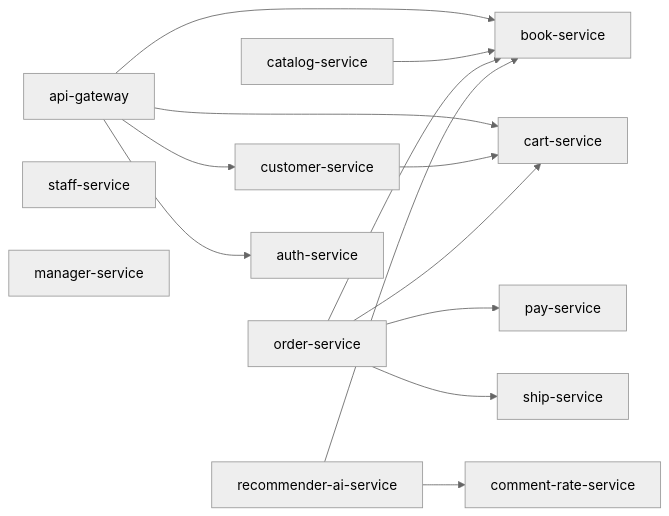
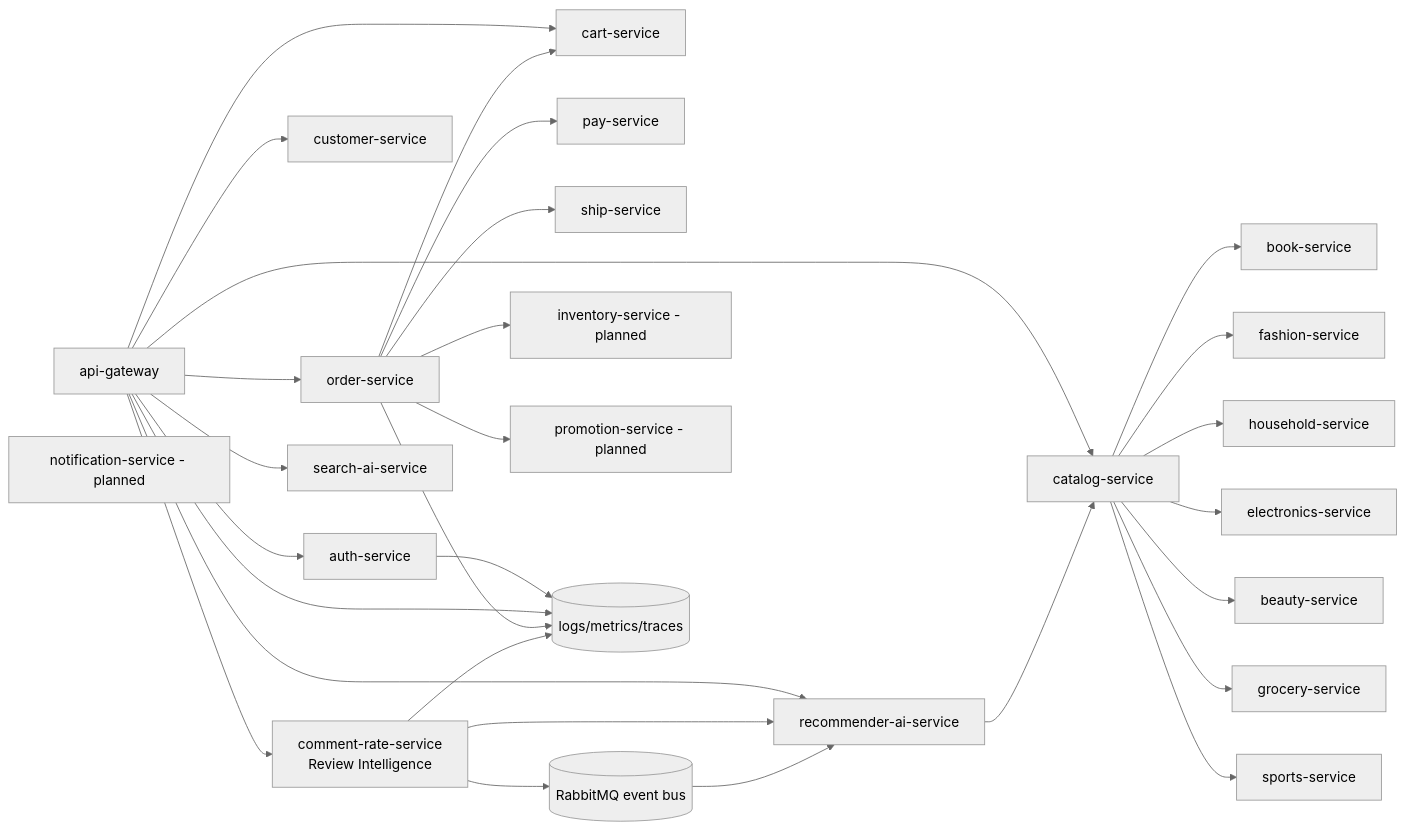
Before and after one commit to tho179/e-commerce_with_AI: the diagram in docs/architecture.md, drawn with Mermaid (neutral theme). The commit also changed other lines of this file and 186 other files, not shown here.

````diff
--- a/docs/architecture.md
+++ b/docs/architecture.md
@@ -5,29 +18,59 @@
 ```mermaid
 flowchart LR
-    AG[api-gateway]
+    GATEWAY[api-gateway]
+    AUTH[auth-service]
     CUS[customer-service]
     CART[cart-service]
+    CAT[catalog-service]
     BOOK[book-service]
-    CAT[catalog-service]
+    FASHION[fashion-service]
+    HOUSE[household-service]
+    ELEC[electronics-service]
+    BEAUTY[beauty-service]
+    GROCERY[grocery-service]
+    SPORTS[sports-service]
     ORD[order-service]
     PAY[pay-service]
     SHIP[ship-service]
-    RATE[comment-rate-service]
+    REVIEW[comment-rate-service\nReview Intelligence]
     REC[recommender-ai-service]
-    STAFF[staff-service]
-    MAN[manager-service]
-    AUTH[auth-service]
+    SEARCH[search-ai-service]
+    RABBIT[(RabbitMQ event bus)]
+    INVENTORY[inventory-service - planned]
+    PROMO[promotion-service - planned]
+    NOTI[notification-service - planned]
+    OBS[(logs/metrics/traces)]
 
-    AG --> BOOK
-    AG --> CART
-    AG --> CUS
-    CUS --> CART
+    GATEWAY --> AUTH
+    GATEWAY --> CUS
+    GATEWAY --> CART
+    GATEWAY --> CAT
+    GATEWAY --> ORD
+    GATEWAY --> REVIEW
+    GATEWAY --> REC
+    GATEWAY --> SEARCH
+
     CAT --> BOOK
+    CAT --> FASHION
+    CAT --> HOUSE
+    CAT --> ELEC
+    CAT --> BEAUTY
+    CAT --> GROCERY
+    CAT --> SPORTS
+
     ORD --> CART
-    ORD --> BOOK
     ORD --> PAY
     ORD --> SHIP
-    REC --> BOOK
-    REC --> RATE
-    AG --> AUTH
+    ORD --> INVENTORY
+    ORD --> PROMO
+
+    REVIEW --> REC
+    REVIEW --> RABBIT
+    RABBIT --> REC
+    REC --> CAT
+
+    AUTH --> OBS
+    GATEWAY --> OBS
+    ORD --> OBS
+    REVIEW --> OBS
 ```
````
